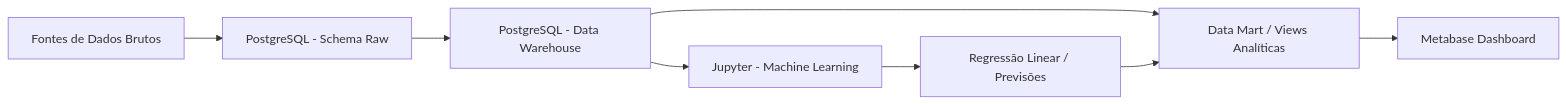
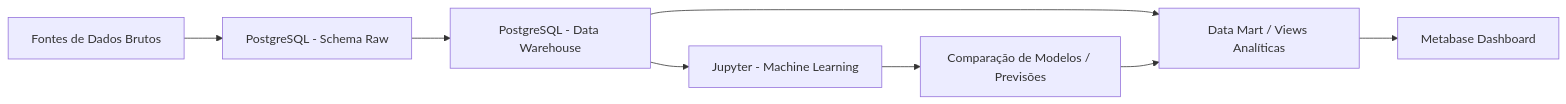
The diagram in README.md (Paulohspaniago/analise-socioeconomica-crime-brasil), drawn with Mermaid before and after one commit. The commit also changed other lines of this file and 3 other files, not shown here.

````diff
--- a/README.md
+++ b/README.md
@@ -114,10 +114,10 @@
 ```mermaid
 flowchart LR
     A[Fontes de Dados Brutos] --> B[PostgreSQL - Schema Raw]
     B --> C[PostgreSQL - Data Warehouse]
     C --> D[Data Mart / Views Analíticas]
     D --> E[Metabase Dashboard]
     C --> F[Jupyter - Machine Learning]
-    F --> G[Regressão Linear / Previsões]
+    F --> G[Comparação de Modelos / Previsões]
     G --> D
 ```
````
